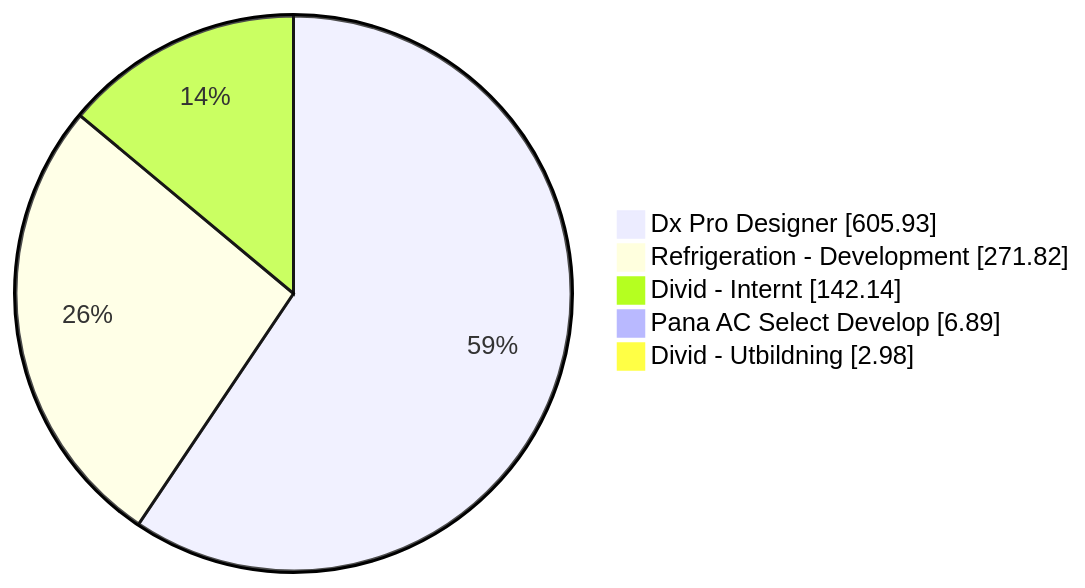
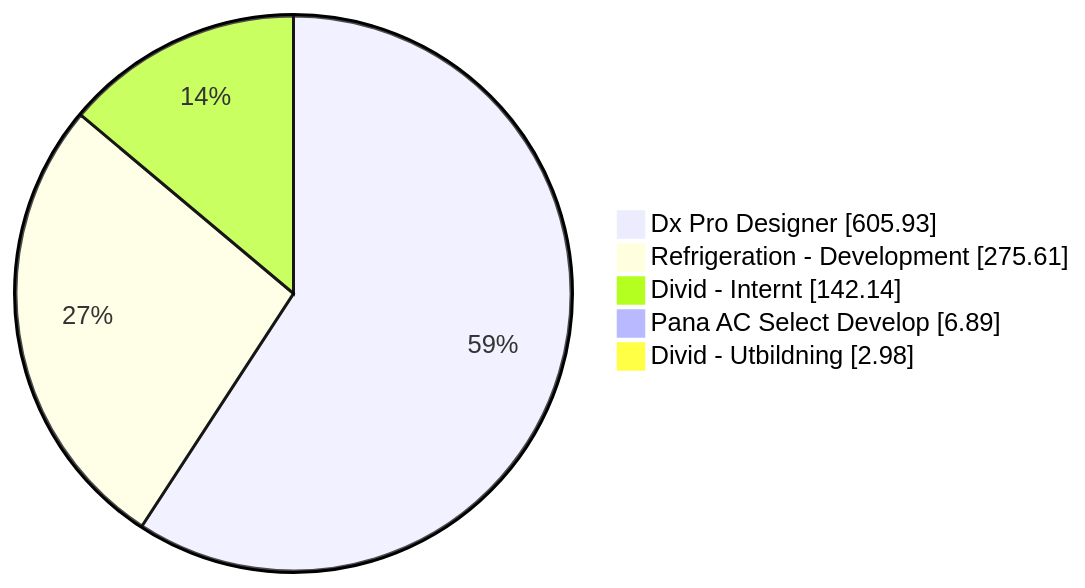
Before and after one commit to albinforsberg-netizen/timeclock: the first of 5 diagrams in README.org, drawn with Mermaid. The commit also changed other lines of this file, not shown here.

```diff
--- a/README.org
+++ b/README.org
@@ -34,8 +34,8 @@
 #+begin_src mermaid
 pie showData
     "Dx Pro Designer" : 605.93
-    "Refrigeration - Development" : 271.82
+    "Refrigeration - Development" : 275.61
     "Divid - Internt" : 142.14
     "Pana AC Select Develop" : 6.89
     "Divid - Utbildning" : 2.98
 #+end_src
```
